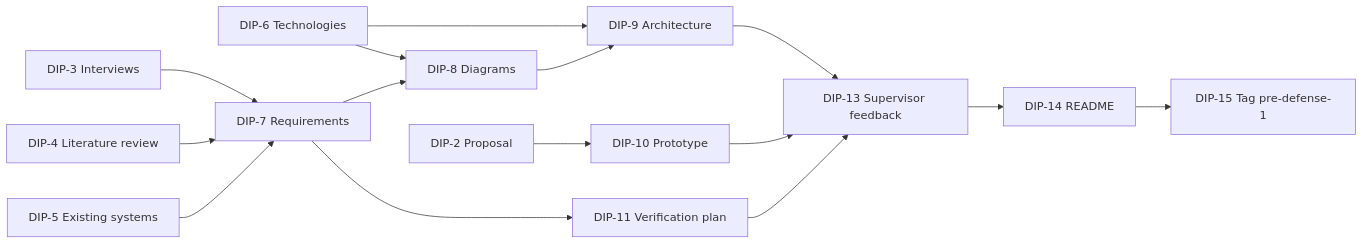
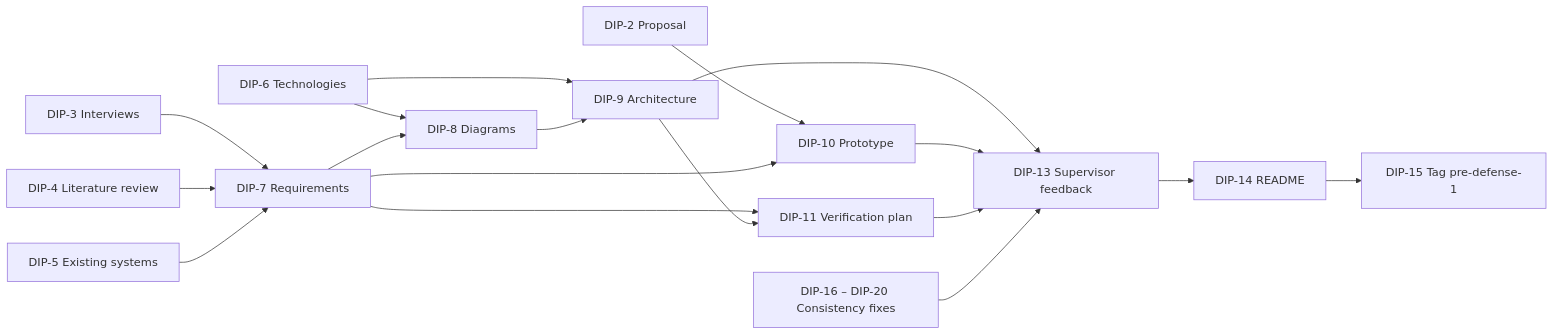
One commit to Adiilkwz/SerpinEdu changed the diagram in docs/10-project-management/risks-and-dependencies.md. Above: the diagram before and after it, drawn with Mermaid. The commit also changed other lines of this file and 2 other files, not shown here.

Commit message:
DIP-19: Update team, risks and dependencies (#18)

````diff
--- a/docs/10-project-management/risks-and-dependencies.md
+++ b/docs/10-project-management/risks-and-dependencies.md
@@ -51,17 +55,20 @@
 ```mermaid
 flowchart LR
     DIP2[DIP-2 Proposal] --> DIP10[DIP-10 Prototype]
     DIP3[DIP-3 Interviews] --> DIP7[DIP-7 Requirements]
     DIP4[DIP-4 Literature review] --> DIP7
     DIP5[DIP-5 Existing systems] --> DIP7
     DIP6[DIP-6 Technologies] --> DIP8[DIP-8 Diagrams]
     DIP7 --> DIP8
+    DIP7 --> DIP10
     DIP6 --> DIP9[DIP-9 Architecture]
     DIP8 --> DIP9
     DIP7 --> DIP11[DIP-11 Verification plan]
+    DIP9 --> DIP11
     DIP9 --> DIP13[DIP-13 Supervisor feedback]
     DIP10 --> DIP13
     DIP11 --> DIP13
+    FIX[DIP-16 – DIP-20 Consistency fixes] --> DIP13
     DIP13 --> DIP14[DIP-14 README]
     DIP14 --> DIP15[DIP-15 Tag pre-defense-1]
 ```
````
